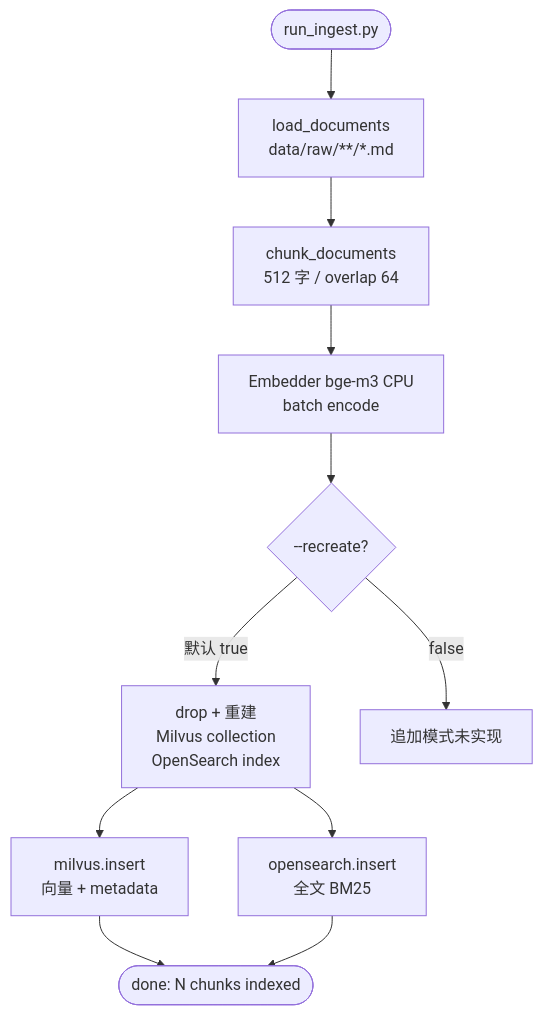
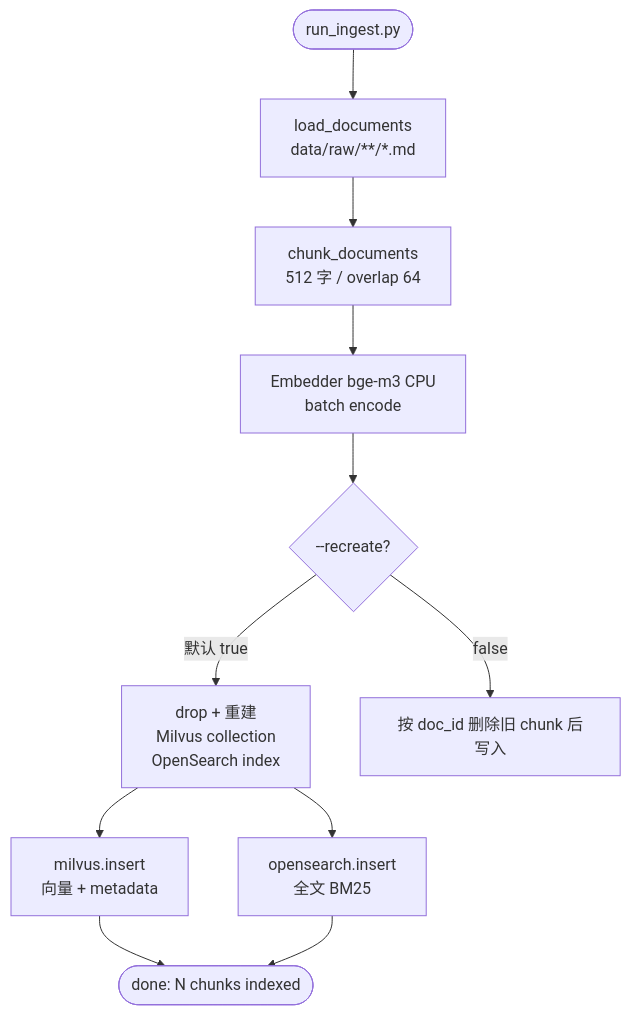
One commit to whu3554055-crypto/IndustrialOps-RAG changed the first of 2 diagrams in docs/m1_ingest.md. Above: the diagram before and after it, drawn with Mermaid. The commit also changed other lines of this file and 31 other files, not shown here.

````diff
--- a/docs/m1_ingest.md
+++ b/docs/m1_ingest.md
@@ -41,13 +41,13 @@
 ```mermaid
 flowchart TD
     Start([run_ingest.py]) --> Load[load_documents<br/>data/raw/**/*.md]
     Load --> Chunk[chunk_documents<br/>512 字 / overlap 64]
     Chunk --> Emb[Embedder bge-m3 CPU<br/>batch encode]
     Emb --> Rec{--recreate?}
     Rec -->|默认 true| Drop[drop + 重建<br/>Milvus collection<br/>OpenSearch index]
-    Rec -->|false| Skip[追加模式未实现]
+    Rec -->|false| Upsert[按 doc_id 删除旧 chunk 后写入]
     Drop --> MV[milvus.insert<br/>向量 + metadata]
     Drop --> OS[opensearch.insert<br/>全文 BM25]
     MV --> Done([done: N chunks indexed])
     OS --> Done
 ```
````
